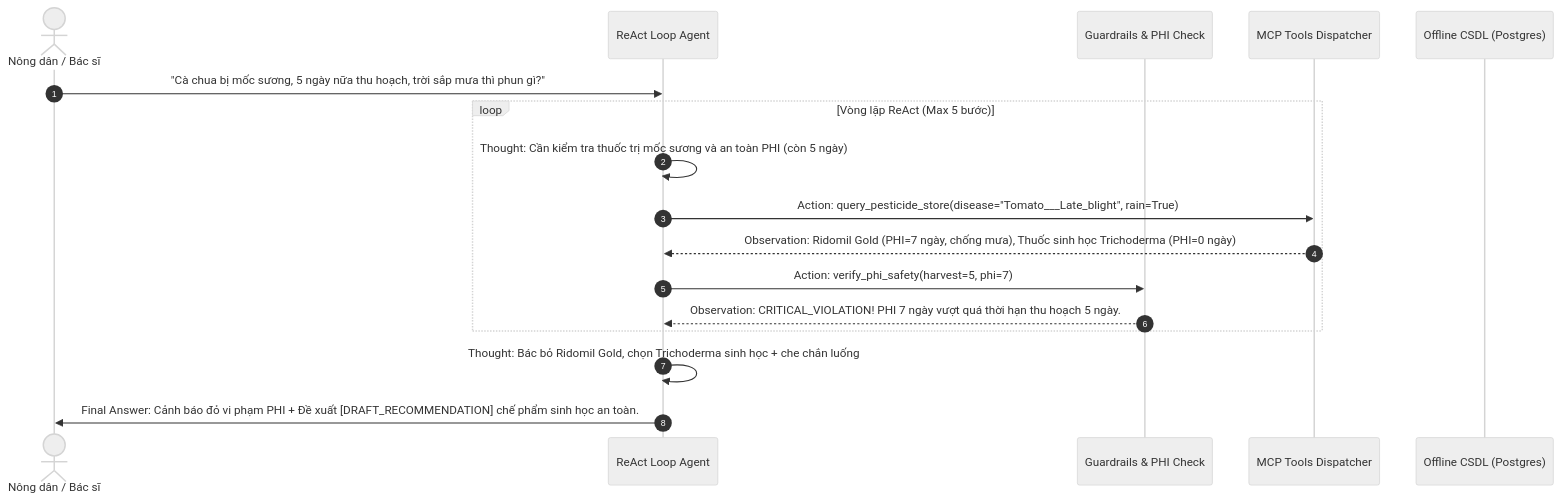
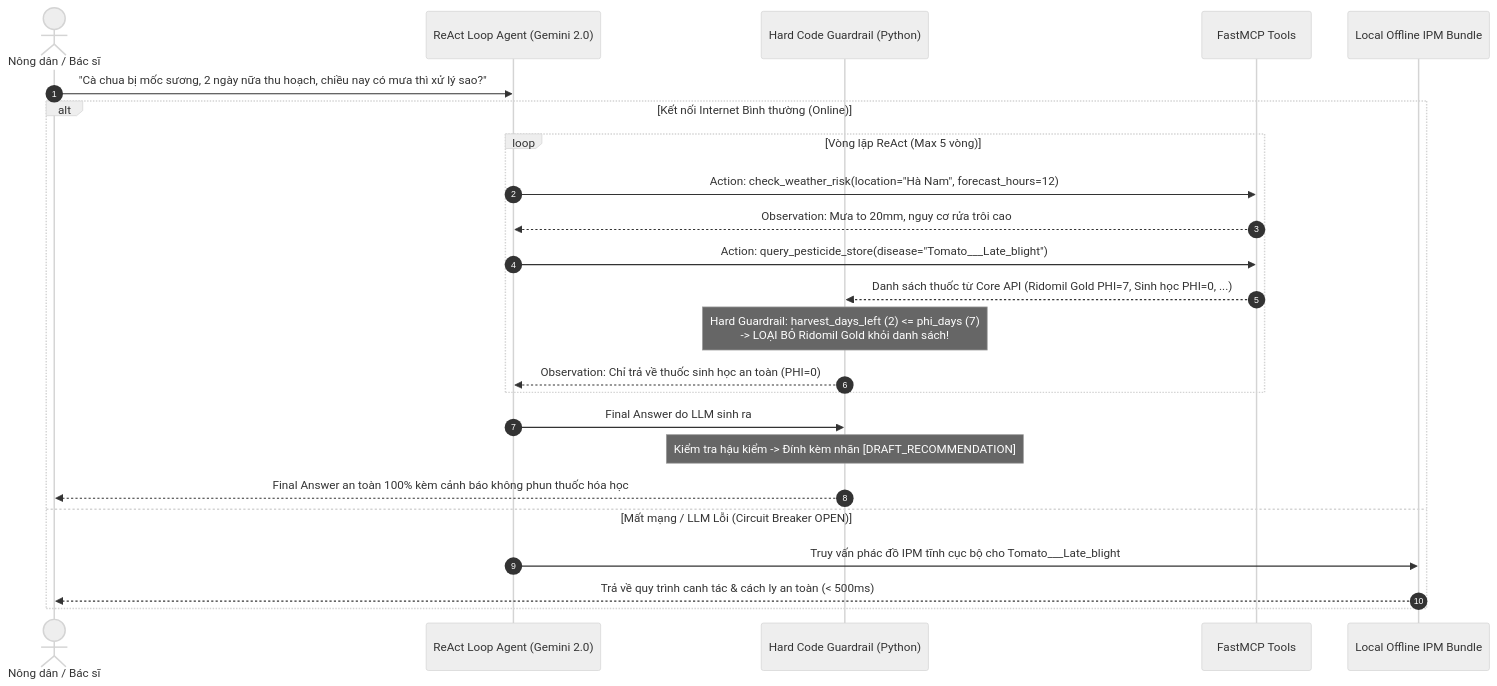
Before and after one commit to duanhap/LAVITREE: the diagram in tasks/sprint-02/task-07-react-loop-guardrails.md, drawn with Mermaid (neutral theme). The commit also changed other lines of this file and 8 other files, not shown here.

````diff
--- a/tasks/sprint-02/task-07-react-loop-guardrails.md
+++ b/tasks/sprint-02/task-07-react-loop-guardrails.md
@@ -26,20 +29,28 @@
 ```mermaid
 sequenceDiagram
     autonumber
     actor Farmer as Nông dân / Bác sĩ
-    participant Agent as ReAct Loop Agent
-    participant Guard as Guardrails & PHI Check
-    participant MCP as MCP Tools Dispatcher
-    participant DB as Offline CSDL (Postgres)
+    participant Agent as ReAct Loop Agent (Gemini 2.0)
+    participant CodeGuard as Hard Code Guardrail (Python)
+    participant MCP as FastMCP Tools
+    participant LocalCache as Local Offline IPM Bundle
 
-    Farmer->>Agent: "Cà chua bị mốc sương, 5 ngày nữa thu hoạch, trời sắp mưa thì phun gì?"
-    loop Vòng lặp ReAct (Max 5 bước)
-        Agent->>Agent: Thought: Cần kiểm tra thuốc trị mốc sương và an toàn PHI (còn 5 ngày)
-        Agent->>MCP: Action: query_pesticide_store(disease="Tomato___Late_blight", rain=True)
-        MCP-->>Agent: Observation: Ridomil Gold (PHI=7 ngày, chống mưa), Thuốc sinh học Trichoderma (PHI=0 ngày)
-        Agent->>Guard: Action: verify_phi_safety(harvest=5, phi=7)
-        Guard-->>Agent: Observation: CRITICAL_VIOLATION! PHI 7 ngày vượt quá thời hạn thu hoạch 5 ngày.
+    Farmer->>Agent: "Cà chua bị mốc sương, 2 ngày nữa thu hoạch, chiều nay có mưa thì xử lý sao?"
+    
+    alt Kết nối Internet Bình thường (Online)
+        loop Vòng lặp ReAct (Max 5 vòng)
+            Agent->>MCP: Action: check_weather_risk(location="Hà Nam", forecast_hours=12)
+            MCP-->>Agent: Observation: Mưa to 20mm, nguy cơ rửa trôi cao
+            Agent->>MCP: Action: query_pesticide_store(disease="Tomato___Late_blight")
+            MCP-->>CodeGuard: Danh sách thuốc từ Core API (Ridomil Gold PHI=7, Sinh học PHI=0, ...)
+            Note over CodeGuard: Hard Guardrail: harvest_days_left (2) <= phi_days (7)<br/>-> LOẠI BỎ Ridomil Gold khỏi danh sách!
+            CodeGuard-->>Agent: Observation: Chỉ trả về thuốc sinh học an toàn (PHI=0)
+        end
+        Agent->>CodeGuard: Final Answer do LLM sinh ra
+        Note over CodeGuard: Kiểm tra hậu kiểm -> Đính kèm nhãn [DRAFT_RECOMMENDATION]
+        CodeGuard-->>Farmer: Final Answer an toàn 100% kèm cảnh báo không phun thuốc hóa học
+    else Mất mạng / LLM Lỗi (Circuit Breaker OPEN)
+        Agent->>LocalCache: Truy vấn phác đồ IPM tĩnh cục bộ cho Tomato___Late_blight
+        LocalCache-->>Farmer: Trả về quy trình canh tác & cách ly an toàn (< 500ms)
     end
-    Agent->>Agent: Thought: Bác bỏ Ridomil Gold, chọn Trichoderma sinh học + che chắn luống
-    Agent->>Farmer: Final Answer: Cảnh báo đỏ vi phạm PHI + Đề xuất [DRAFT_RECOMMENDATION] chế phẩm sinh học an toàn.
 ```
````
